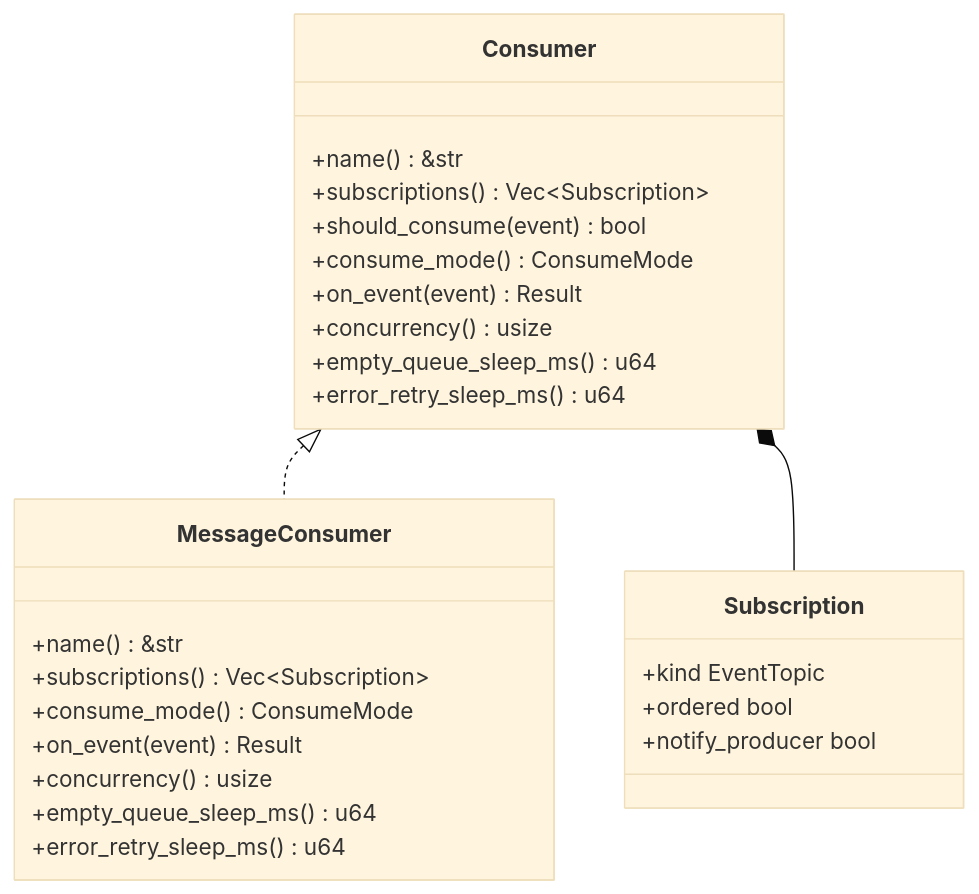
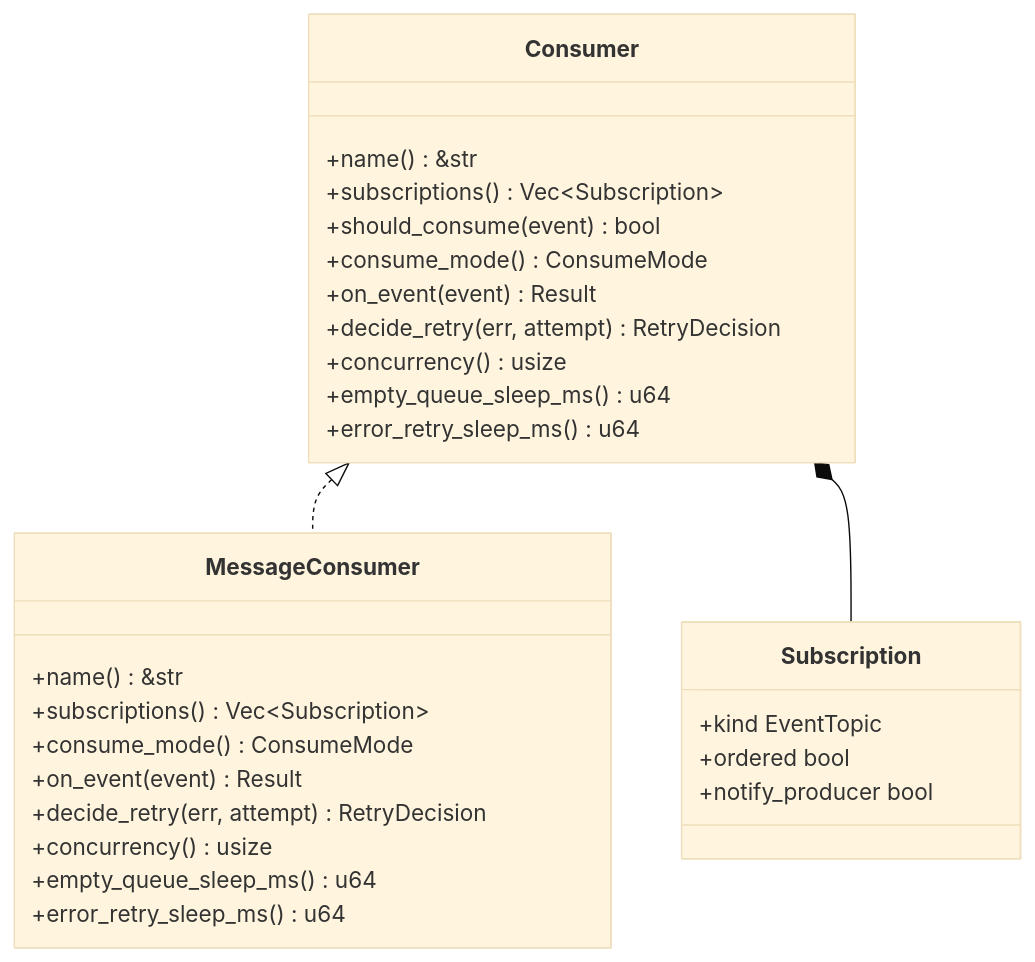
One commit to runningcoders/ai_orz changed the fourth of 7 diagrams in docs/wiki/zh/content/基础设施/AOP 事件系统/AOP 事件系统.md. Above: the diagram before and after it, drawn with Mermaid (base theme). The commit also changed other lines of this file and 28 other files, not shown here.

````diff
--- a/docs/wiki/zh/content/基础设施/AOP 事件系统/AOP 事件系统.md
+++ b/docs/wiki/zh/content/基础设施/AOP 事件系统/AOP 事件系统.md
@@ -222,29 +222,31 @@
 ```mermaid
 classDiagram
 class Consumer {
 +name() &str
 +subscriptions() Vec~Subscription~
 +should_consume(event) bool
 +consume_mode() ConsumeMode
 +on_event(event) Result
++decide_retry(err, attempt) RetryDecision
 +concurrency() usize
 +empty_queue_sleep_ms() u64
 +error_retry_sleep_ms() u64
 }
 class Subscription {
 +kind EventTopic
 +ordered bool
 +notify_producer bool
 }
 class MessageConsumer {
 +name() &str
 +subscriptions() Vec~Subscription~
 +consume_mode() ConsumeMode
 +on_event(event) Result
++decide_retry(err, attempt) RetryDecision
 +concurrency() usize
 +empty_queue_sleep_ms() u64
 +error_retry_sleep_ms() u64
 }
 Consumer <|.. MessageConsumer
 Consumer *-- Subscription
 ```
````
